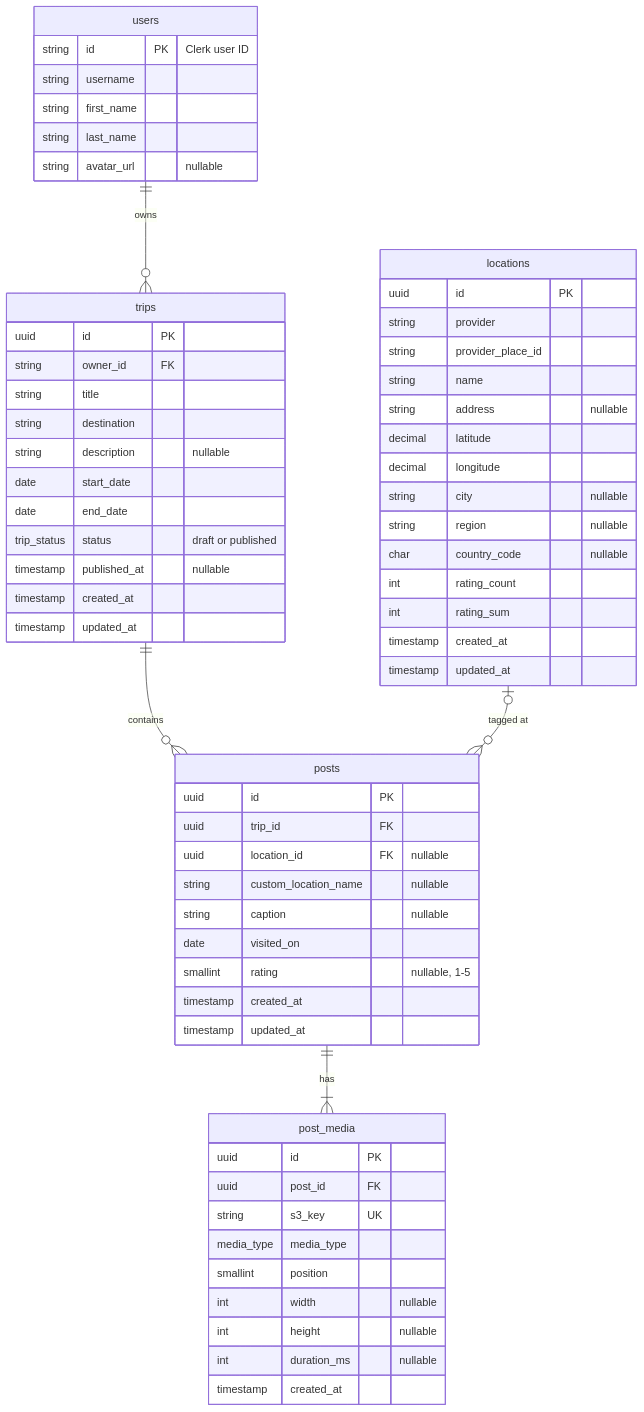
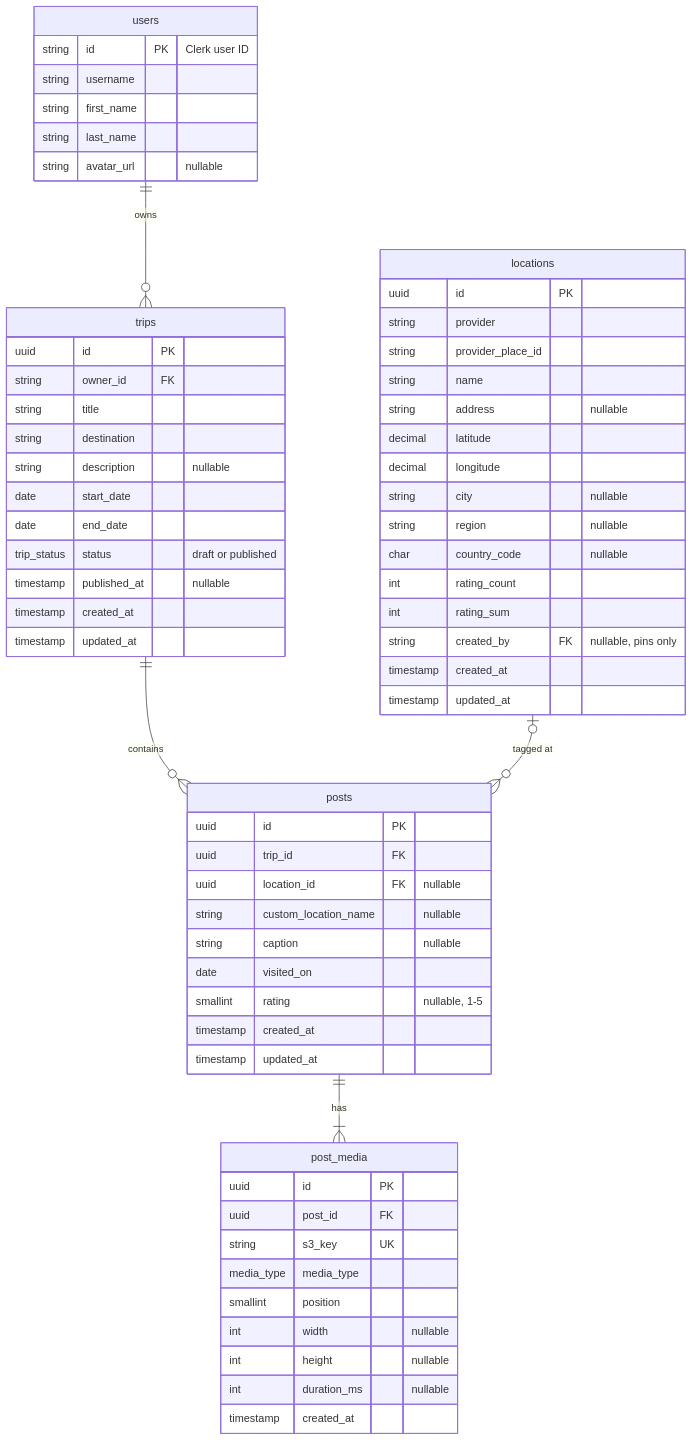
Before and after one commit to Forge-NU/fall-26-sw-team-2: the diagram in docs/architecture/itinerary-schema.md, drawn with Mermaid. The commit also changed other lines of this file and 5 other files, not shown here.

````diff
--- a/docs/architecture/itinerary-schema.md
+++ b/docs/architecture/itinerary-schema.md
@@ -29,66 +29,67 @@
 ```mermaid
 erDiagram
     users ||--o{ trips : owns
     trips ||--o{ posts : contains
     posts ||--|{ post_media : has
     locations |o--o{ posts : "tagged at"
 
     users {
         string id PK "Clerk user ID"
         string username
         string first_name
         string last_name
         string avatar_url "nullable"
     }
     trips {
         uuid id PK
         string owner_id FK
         string title
         string destination
         string description "nullable"
         date start_date
         date end_date
         trip_status status "draft or published"
         timestamp published_at "nullable"
         timestamp created_at
         timestamp updated_at
     }
     posts {
         uuid id PK
         uuid trip_id FK
         uuid location_id FK "nullable"
         string custom_location_name "nullable"
         string caption "nullable"
         date visited_on
         smallint rating "nullable, 1-5"
         timestamp created_at
         timestamp updated_at
     }
     post_media {
         uuid id PK
         uuid post_id FK
         string s3_key UK
         media_type media_type
         smallint position
         int width "nullable"
         int height "nullable"
         int duration_ms "nullable"
         timestamp created_at
     }
     locations {
         uuid id PK
         string provider
         string provider_place_id
         string name
         string address "nullable"
         decimal latitude
         decimal longitude
         string city "nullable"
         string region "nullable"
         char country_code "nullable"
         int rating_count
         int rating_sum
+        string created_by FK "nullable, pins only"
         timestamp created_at
         timestamp updated_at
     }
 ```
````
